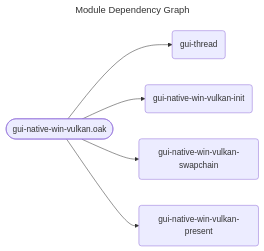
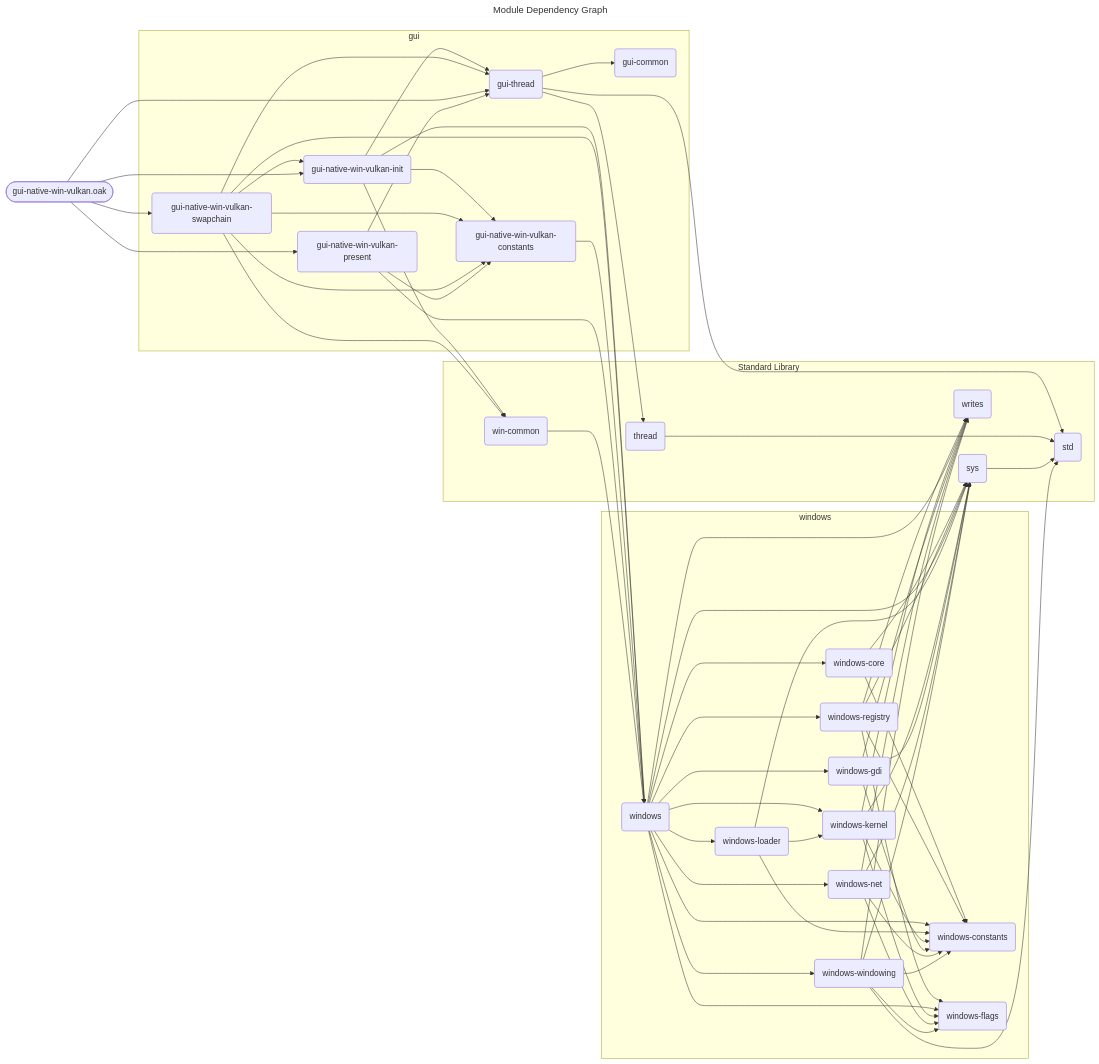
The diagram in docs/spec/gui-native-win-vulkan.mmd (SpcFORK/magnolia), drawn with Mermaid before and after one commit. The commit also changed 176 other files, not shown here.

First line of the commit message:
Enhance module dependency graphs and improve rendering logic

```diff
--- a/docs/spec/gui-native-win-vulkan.mmd
+++ b/docs/spec/gui-native-win-vulkan.mmd
@@ -1,13 +1,92 @@
 ---
 title: Module Dependency Graph
 ---
 flowchart LR
     lib_gui_native_win_vulkan_oak(["gui-native-win-vulkan.oak"])
-    gui_thread("gui-thread")
-    gui_native_win_vulkan_init("gui-native-win-vulkan-init")
-    gui_native_win_vulkan_swapchain("gui-native-win-vulkan-swapchain")
-    gui_native_win_vulkan_present("gui-native-win-vulkan-present")
+    gui_thread --> std
+    gui_thread --> thread
+    gui_thread --> gui_common
+    gui_native_win_vulkan_init --> windows
+    gui_native_win_vulkan_init --> win_common
+    gui_native_win_vulkan_init --> gui_thread
+    gui_native_win_vulkan_init --> gui_native_win_vulkan_constants
+    windows_core --> sys
+    windows_core --> windows_constants
+    windows_registry --> sys
+    windows_registry --> writes
+    windows_registry --> windows_constants
+    windows_registry --> windows_flags
+    windows --> sys
+    windows --> writes
+    windows --> windows_constants
+    windows --> windows_flags
+    windows --> windows_registry
+    windows --> windows_net
+    windows --> windows_windowing
+    windows --> windows_gdi
+    windows --> windows_kernel
+    windows --> windows_loader
+    windows --> windows_core
+    gui_native_win_vulkan_swapchain --> windows
+    gui_native_win_vulkan_swapchain --> win_common
+    gui_native_win_vulkan_swapchain --> gui_thread
+    gui_native_win_vulkan_swapchain --> gui_native_win_vulkan_constants
+    gui_native_win_vulkan_swapchain --> gui_native_win_vulkan_init
+    gui_native_win_vulkan_swapchain --> gui_native_win_vulkan_constants
+    windows_loader --> sys
+    windows_loader --> windows_constants
+    windows_loader --> windows_kernel
+    windows_kernel --> sys
+    windows_kernel --> writes
+    windows_kernel --> windows_constants
+    windows_kernel --> windows_flags
+    windows_gdi --> sys
+    windows_gdi --> writes
+    windows_gdi --> windows_constants
+    gui_native_win_vulkan_constants --> windows
+    windows_net --> sys
+    windows_net --> writes
+    windows_net --> windows_constants
+    windows_net --> windows_flags
     lib_gui_native_win_vulkan_oak --> gui_thread
     lib_gui_native_win_vulkan_oak --> gui_native_win_vulkan_init
     lib_gui_native_win_vulkan_oak --> gui_native_win_vulkan_swapchain
     lib_gui_native_win_vulkan_oak --> gui_native_win_vulkan_present
+    win_common --> windows
+    thread --> std
+    sys --> std
+    windows_windowing --> sys
+    windows_windowing --> writes
+    windows_windowing --> windows_constants
+    windows_windowing --> windows_flags
+    windows_windowing --> std
+    gui_native_win_vulkan_present --> windows
+    gui_native_win_vulkan_present --> gui_thread
+    gui_native_win_vulkan_present --> gui_native_win_vulkan_constants
+    subgraph stdlib_gui ["gui"]
+        gui_thread("gui-thread")
+        gui_native_win_vulkan_init("gui-native-win-vulkan-init")
+        gui_native_win_vulkan_swapchain("gui-native-win-vulkan-swapchain")
+        gui_common("gui-common")
+        gui_native_win_vulkan_constants("gui-native-win-vulkan-constants")
+        gui_native_win_vulkan_present("gui-native-win-vulkan-present")
+    end
+    subgraph stdlib_windows ["windows"]
+        windows_core("windows-core")
+        windows_registry("windows-registry")
+        windows("windows")
+        windows_loader("windows-loader")
+        windows_kernel("windows-kernel")
+        windows_gdi("windows-gdi")
+        windows_flags("windows-flags")
+        windows_constants("windows-constants")
+        windows_net("windows-net")
+        windows_windowing("windows-windowing")
+    end
+    subgraph stdlib_core ["Standard Library"]
+        std("std")
+        win_common("win-common")
+        thread("thread")
+        sys("sys")
+        writes("writes")
+    end
```
